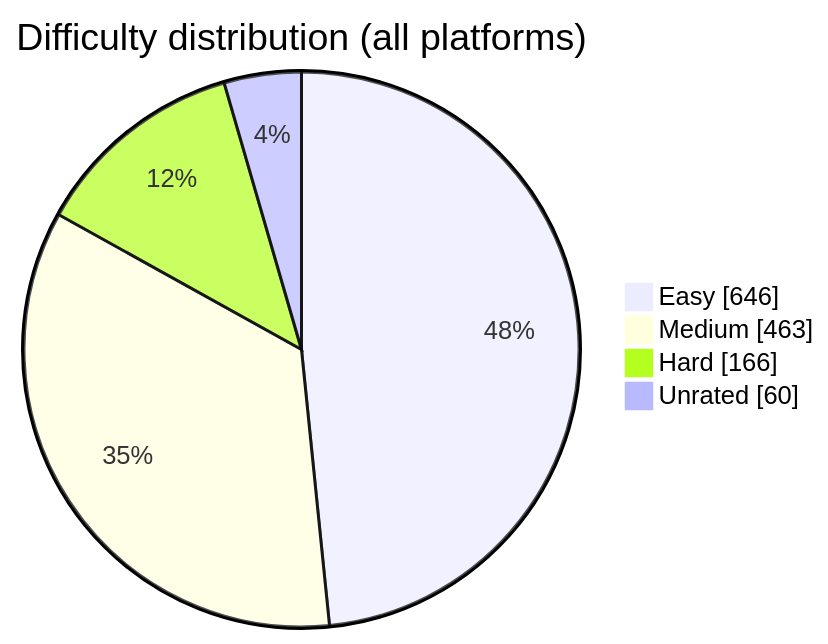
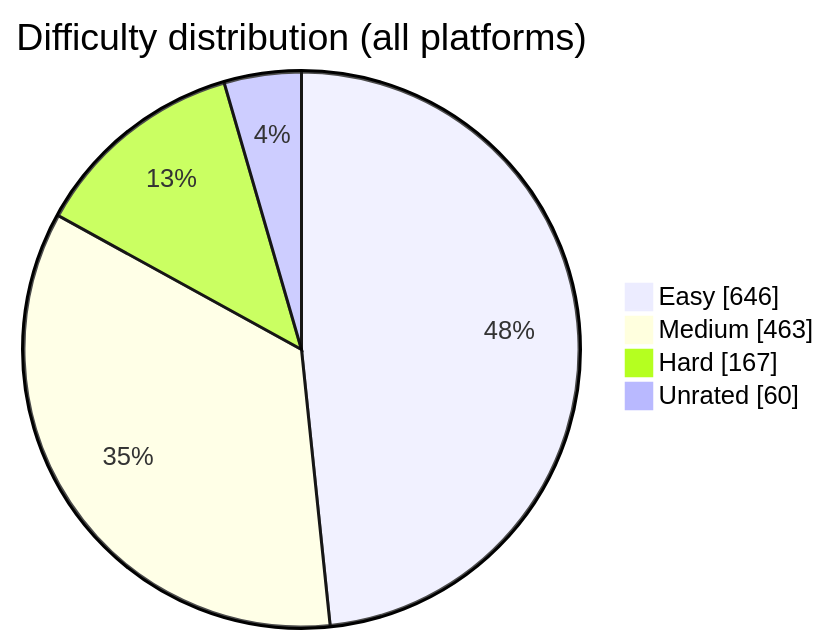
One commit to BuildbyArindam/Daily-Coding-Log changed the diagram in README.md. Above: the diagram before and after it, drawn with Mermaid. The commit also changed other lines of this file, not shown here.

````diff
--- a/README.md
+++ b/README.md
@@ -93,7 +93,7 @@
 ```mermaid
 pie showData title Difficulty distribution (all platforms)
     "Easy" : 646
     "Medium" : 463
-    "Hard" : 166
+    "Hard" : 167
     "Unrated" : 60
 ```
````
